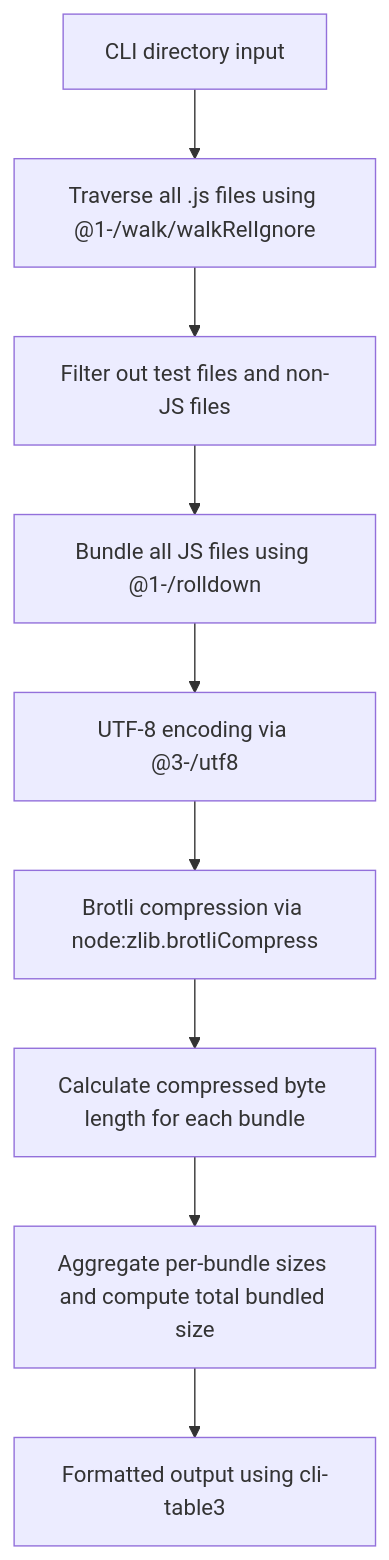
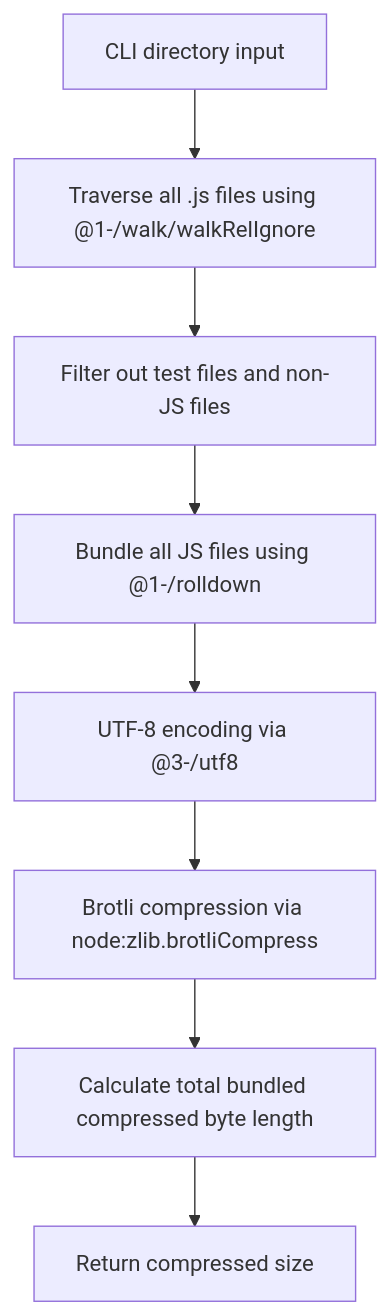
Before and after one commit to webc-site/npm: the diagram in minify_size/readme/en/README.md, drawn with Mermaid. The commit also changed other lines of this file and 5 other files, not shown here.

Commit message:
refactor: remove cli-table3 dependency and simplify output to total compressed size only

````diff
--- a/minify_size/readme/en/README.md
+++ b/minify_size/readme/en/README.md
@@ -44,11 +42,10 @@
 ```mermaid
 graph TD
     A[CLI directory input] --> B[Traverse all .js files using @1-/walk/walkRelIgnore]
     B --> C[Filter out test files and non-JS files]
     C --> D[Bundle all JS files using @1-/rolldown]
     D --> E[UTF-8 encoding via @3-/utf8]
     E --> F[Brotli compression via node:zlib.brotliCompress]
-    F --> G[Calculate compressed byte length for each bundle]
-    G --> H[Aggregate per-bundle sizes and compute total bundled size]
-    H --> I[Formatted output using cli-table3]
+    F --> G[Calculate total bundled compressed byte length]
+    G --> H[Return compressed size]
 ```
````
